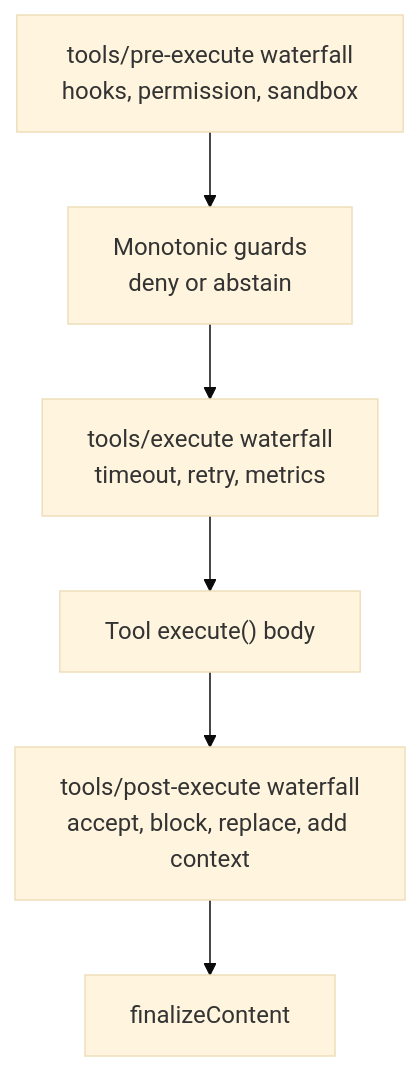
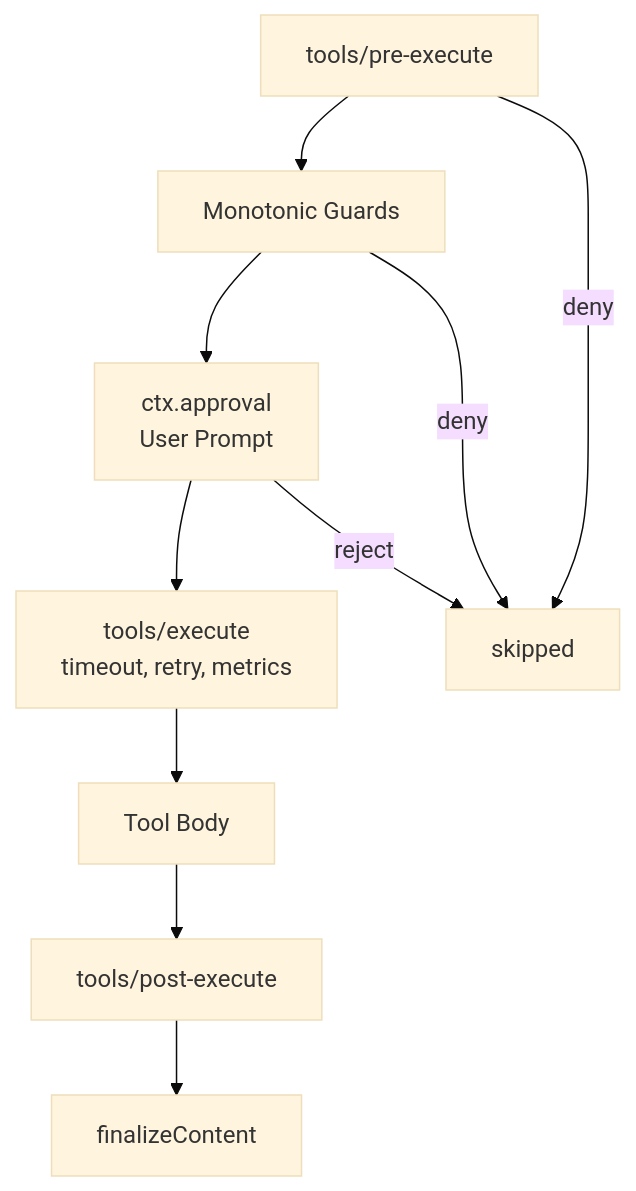
The second of 2 diagrams in source/_posts/2026-08-19-deepseek-harness.md (higumalu/higumalu-note), drawn with Mermaid (base theme) before and after one commit. The commit also changed other lines of this file, not shown here.

````diff
--- a/source/_posts/2026-08-19-deepseek-harness.md
+++ b/source/_posts/2026-08-19-deepseek-harness.md
@@ -76,11 +195,16 @@
 ```mermaid
 flowchart TD
-  pre["tools/pre-execute waterfall<br/>hooks, permission, sandbox"]
-  guards["Monotonic guards<br/>deny or abstain"]
-  around["tools/execute waterfall<br/>timeout, retry, metrics"]
-  toolBody["Tool execute() body"]
-  post["tools/post-execute waterfall<br/>accept, block, replace, add context"]
-  finalize["finalizeContent"]
-  
-  pre --> guards --> around --> toolBody --> post --> finalize
+    pre["tools/pre-execute"]
+    guards["Monotonic Guards"]
+    approval["ctx.approval<br/>User Prompt"]
+    around["tools/execute<br/>timeout, retry, metrics"]
+    toolBody["Tool Body"]
+    post["tools/post-execute"]
+    finalize["finalizeContent"]
+    
+    pre --> guards --> approval --> around --> toolBody --> post --> finalize
+    
+    pre -->|deny| denied[skipped]
+    guards -->|deny| denied
+    approval -->|reject| denied
 ```
````
